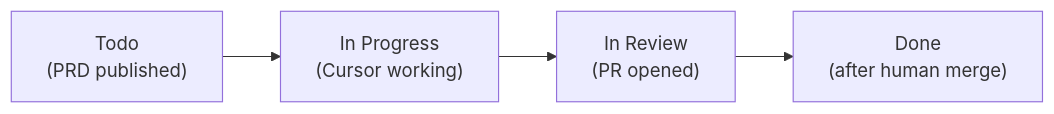
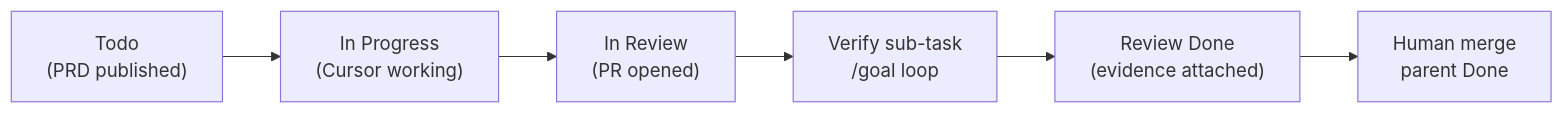
The diagram in .cursor/skills/feature-spec/CURSOR-AUTOMATION.md (masumi-network/sokosumi), drawn with Mermaid before and after one commit. The commit also changed other lines of this file and 6 other files, not shown here.

````diff
--- a/.cursor/skills/feature-spec/CURSOR-AUTOMATION.md
+++ b/.cursor/skills/feature-spec/CURSOR-AUTOMATION.md
@@ -9,6 +9,8 @@
 ```mermaid
 flowchart LR
   todo["Todo\n(PRD published)"] --> progress["In Progress\n(Cursor working)"]
   progress --> review["In Review\n(PR opened)"]
-  review --> done["Done\n(after human merge)"]
+  review --> verify["Verify sub-task\n/goal loop"]
+  verify --> pass["Review Done\n(evidence attached)"]
+  pass --> human["Human merge\nparent Done"]
 ```
````
